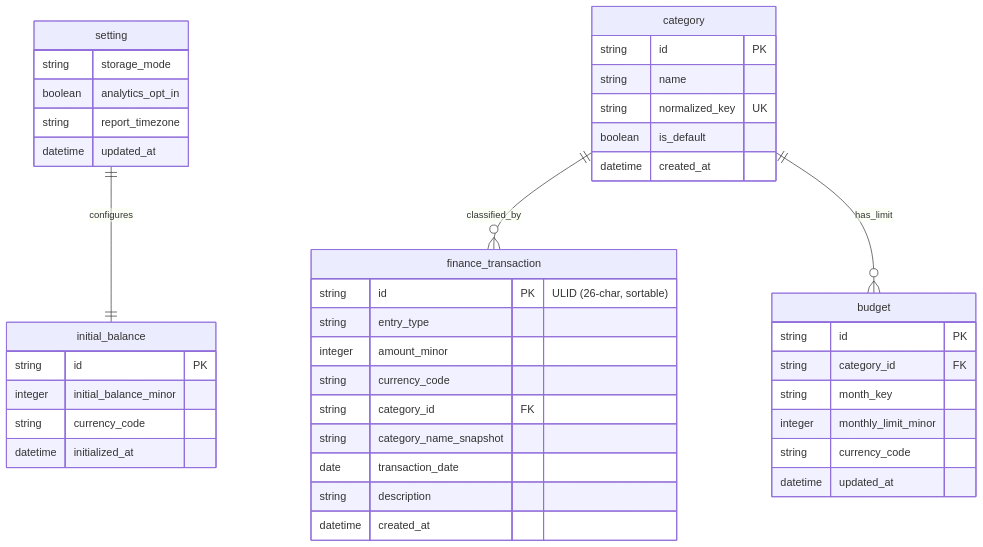
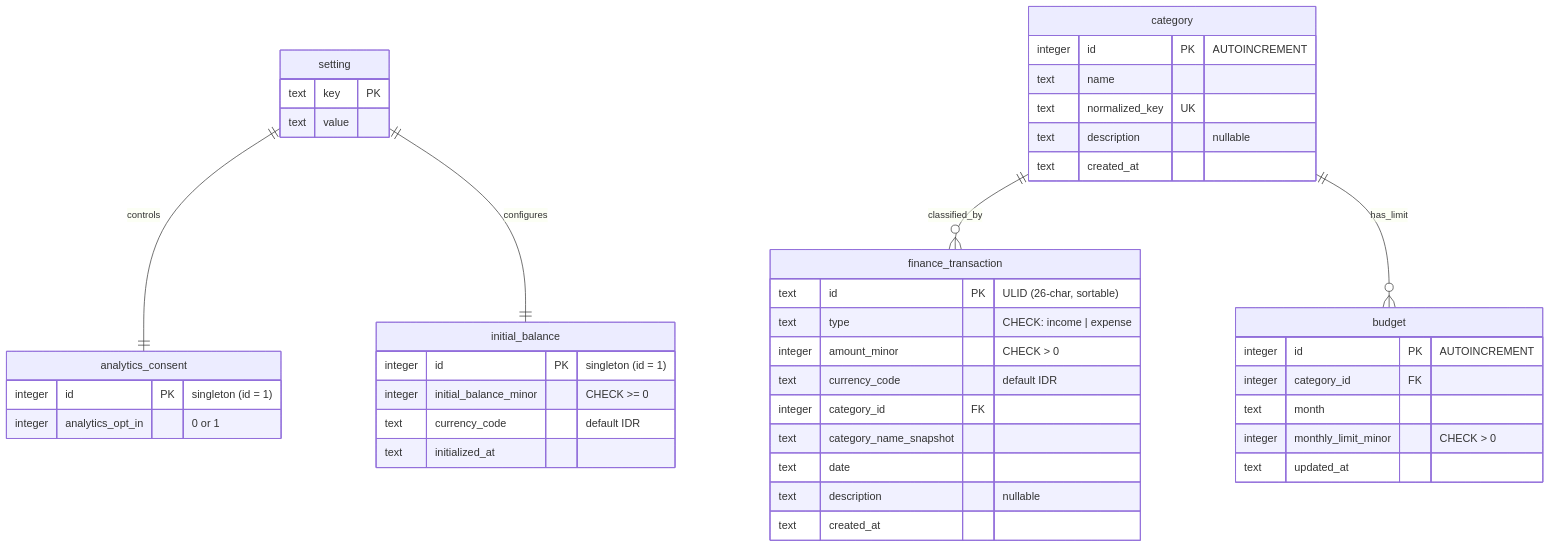
The diagram in docs/diagrams/trd/001-trd-data-model-erd.mmd (handiism/infinita), drawn with Mermaid before and after one commit. The commit also changed 29 other files, not shown here.

```diff
--- a/docs/diagrams/trd/001-trd-data-model-erd.mmd
+++ b/docs/diagrams/trd/001-trd-data-model-erd.mmd
@@ -1,47 +1,50 @@
 erDiagram
+    setting ||--|| analytics_consent : controls
     setting ||--|| initial_balance : configures
     category ||--o{ finance_transaction : classified_by
     category ||--o{ budget : has_limit
 
     setting {
-        string storage_mode
-        boolean analytics_opt_in
-        string report_timezone
-        datetime updated_at
+        text key PK
+        text value
+    }
+
+    analytics_consent {
+        integer id PK "singleton (id = 1)"
+        integer analytics_opt_in "0 or 1"
     }
 
     initial_balance {
-        string id PK
-        integer initial_balance_minor
-        string currency_code
-        datetime initialized_at
+        integer id PK "singleton (id = 1)"
+        integer initial_balance_minor "CHECK >= 0"
+        text currency_code "default IDR"
+        text initialized_at
     }
 
     category {
-        string id PK
-        string name
-        string normalized_key UK
-        boolean is_default
-        datetime created_at
+        integer id PK "AUTOINCREMENT"
+        text name
+        text normalized_key UK
+        text description "nullable"
+        text created_at
     }
 
     finance_transaction {
-        string id PK "ULID (26-char, sortable)"
-        string entry_type
-        integer amount_minor
-        string currency_code
-        string category_id FK
-        string category_name_snapshot
-        date transaction_date
-        string description
-        datetime created_at
+        text id PK "ULID (26-char, sortable)"
+        text type "CHECK: income | expense"
+        integer amount_minor "CHECK > 0"
+        text currency_code "default IDR"
+        integer category_id FK
+        text category_name_snapshot
+        text date
+        text description "nullable"
+        text created_at
     }
 
     budget {
-        string id PK
-        string category_id FK
-        string month_key
-        integer monthly_limit_minor
-        string currency_code
-        datetime updated_at
+        integer id PK "AUTOINCREMENT"
+        integer category_id FK
+        text month
+        integer monthly_limit_minor "CHECK > 0"
+        text updated_at
     }
```
